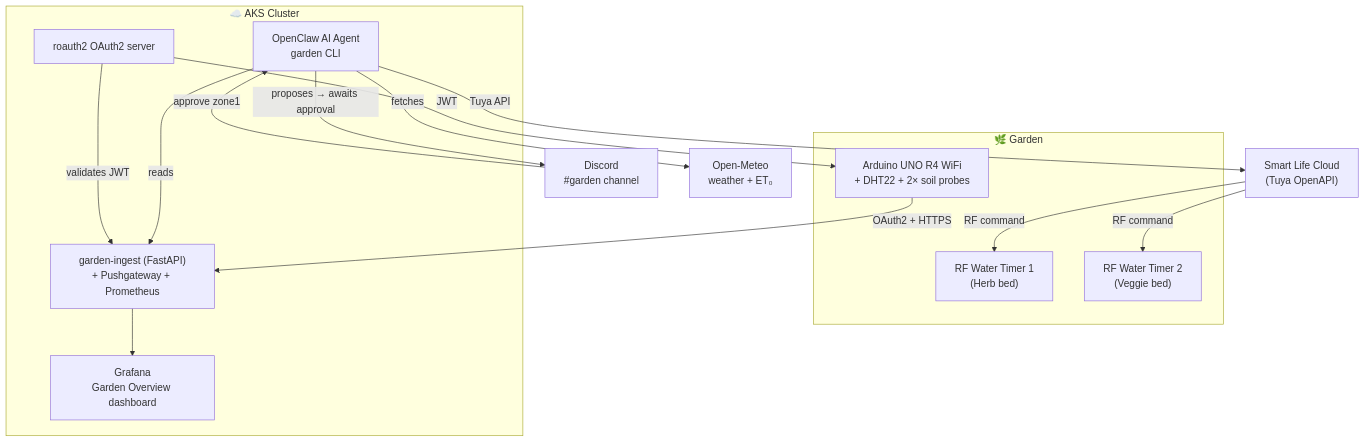
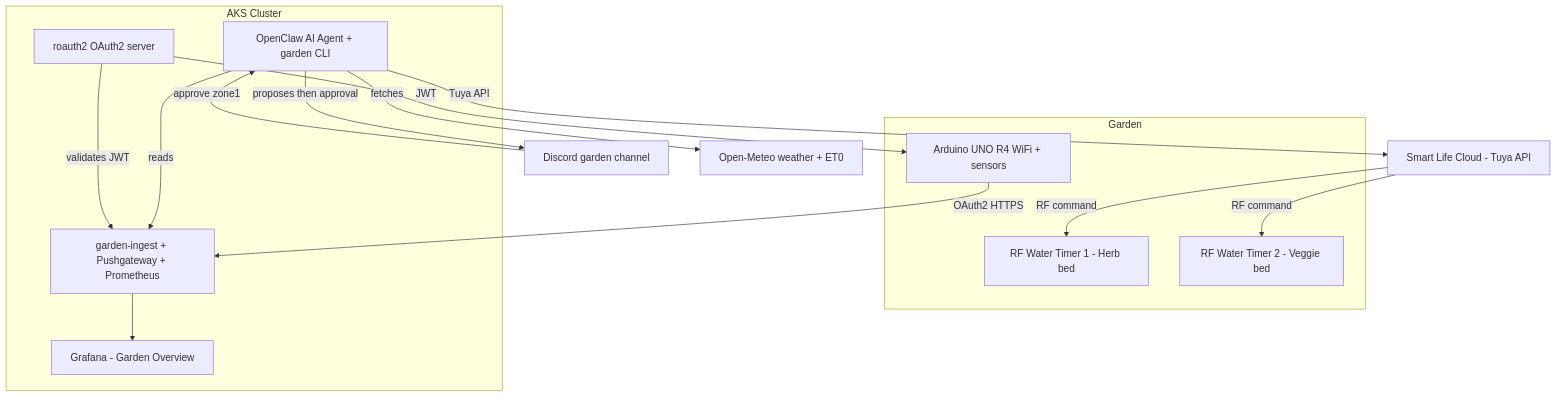
Before and after one commit to ianlintner/portfolio: the second of 2 diagrams in src/content/blog/ai-garden-controller-arduino-prometheus-grafana.md, drawn with Mermaid. The commit also changed other lines of this file, not shown here.

Commit message:
fix: make garden post mermaid diagrams render
Both diagrams rendered as raw code/error boxes because the client-side
mermaid parser choked on: emoji in subgraph titles, and edge labels
containing parentheses, slashes, <br/>, leading "1."/"2." and the → arrow
char. Rewrote both blocks to the mermaid-safe subset (plain node labels,
alphanumeric edge labels, no emoji). Validated valid:true via mermaid
render before pushing.

````diff
--- a/src/content/blog/ai-garden-controller-arduino-prometheus-grafana.md
+++ b/src/content/blog/ai-garden-controller-arduino-prometheus-grafana.md
@@ -255,31 +255,31 @@
 ```mermaid
 graph TD
-    subgraph Outdoor["🌿 Garden"]
-        BOARD["Arduino UNO R4 WiFi<br/>+ DHT22 + 2× soil probes"]
-        T1["RF Water Timer 1<br/>(Herb bed)"]
-        T2["RF Water Timer 2<br/>(Veggie bed)"]
+    subgraph Outdoor["Garden"]
+        BOARD["Arduino UNO R4 WiFi + sensors"]
+        T1["RF Water Timer 1 - Herb bed"]
+        T2["RF Water Timer 2 - Veggie bed"]
     end
 
-    subgraph AKS["☁️ AKS Cluster"]
-        INGEST["garden-ingest (FastAPI)<br/>+ Pushgateway + Prometheus"]
-        GRAFANA["Grafana<br/>Garden Overview dashboard"]
-        OPENCLAW["OpenClaw AI Agent<br/>garden CLI"]
+    subgraph AKS["AKS Cluster"]
+        INGEST["garden-ingest + Pushgateway + Prometheus"]
+        GRAFANA["Grafana - Garden Overview"]
+        OPENCLAW["OpenClaw AI Agent + garden CLI"]
         ROAUTH["roauth2 OAuth2 server"]
     end
 
-    TUYA["Smart Life Cloud<br/>(Tuya OpenAPI)"]
-    DISCORD["Discord<br/>#garden channel"]
-    WEATHER["Open-Meteo<br/>weather + ET₀"]
+    TUYA["Smart Life Cloud - Tuya API"]
+    DISCORD["Discord garden channel"]
+    WEATHER["Open-Meteo weather + ET0"]
 
-    BOARD -->|"OAuth2 + HTTPS"| INGEST
+    BOARD -->|OAuth2 HTTPS| INGEST
     INGEST --> GRAFANA
-    OPENCLAW -->|"reads"| INGEST
-    OPENCLAW -->|"fetches"| WEATHER
-    OPENCLAW -->|"proposes → awaits approval"| DISCORD
-    DISCORD -->|"approve zone1"| OPENCLAW
-    OPENCLAW -->|"Tuya API"| TUYA
-    TUYA -->|"RF command"| T1
-    TUYA -->|"RF command"| T2
-    ROAUTH -->|"JWT"| BOARD
-    ROAUTH -->|"validates JWT"| INGEST
+    OPENCLAW -->|reads| INGEST
+    OPENCLAW -->|fetches| WEATHER
+    OPENCLAW -->|proposes then approval| DISCORD
+    DISCORD -->|approve zone1| OPENCLAW
+    OPENCLAW -->|Tuya API| TUYA
+    TUYA -->|RF command| T1
+    TUYA -->|RF command| T2
+    ROAUTH -->|JWT| BOARD
+    ROAUTH -->|validates JWT| INGEST
 ```
````
